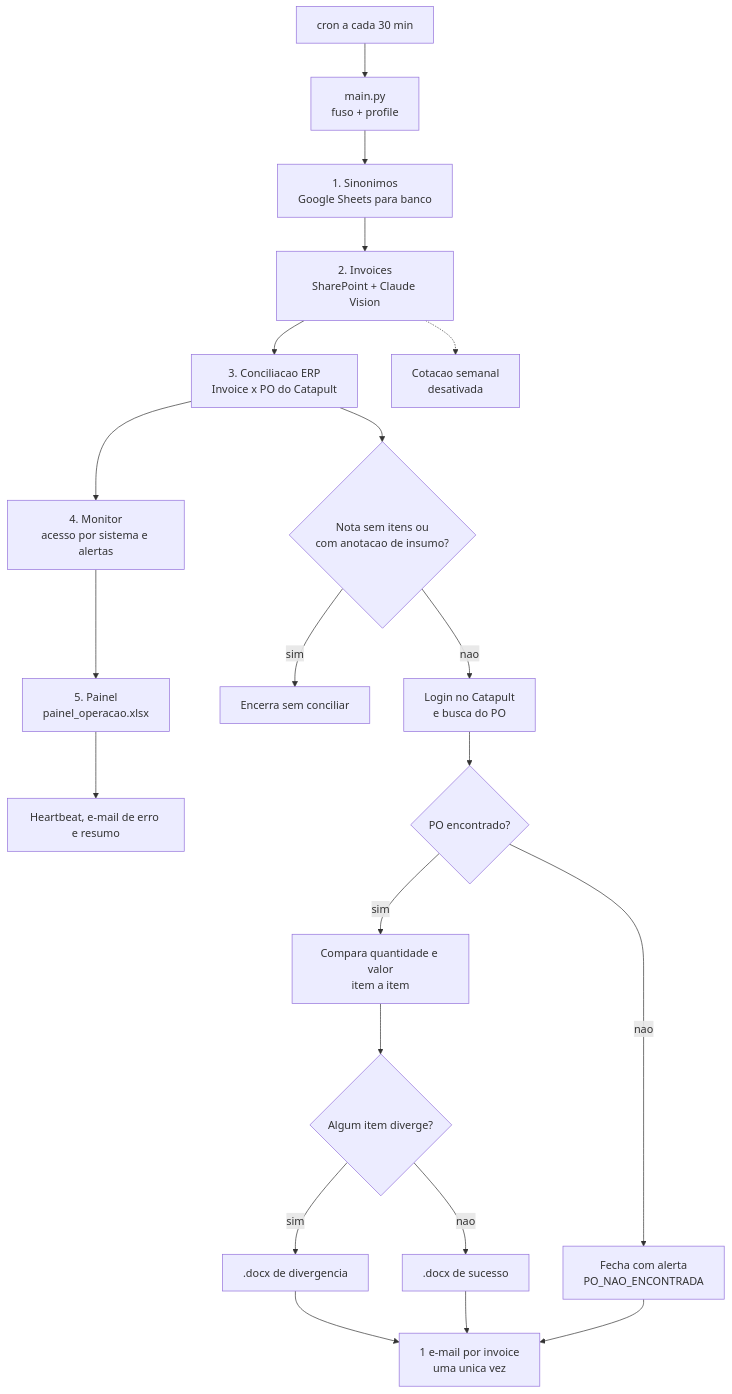
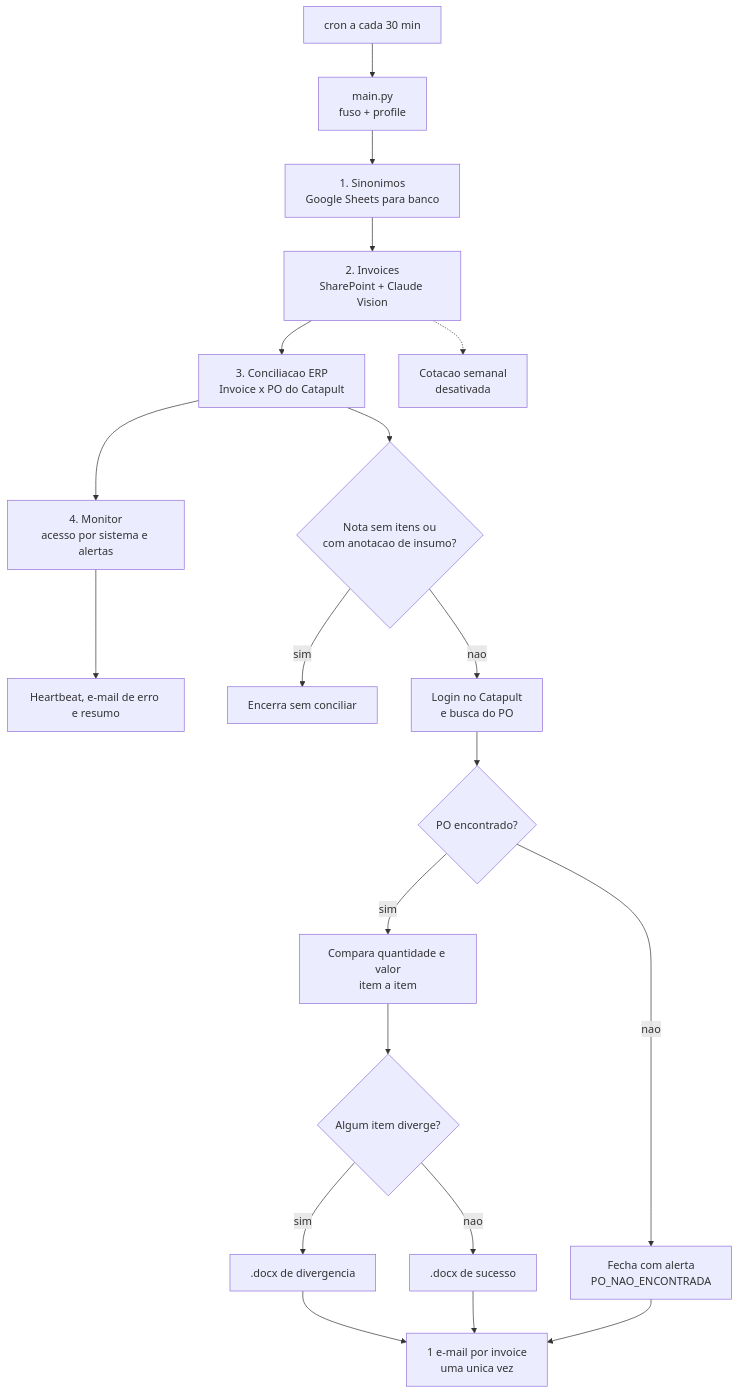
Before and after one commit to CauetMenezes26/automacao_schiavon: the diagram in README.md, drawn with Mermaid. The commit also changed other lines of this file and 1 other file, not shown here.

Commit message:
chore(controller): desativa a geracao do painel_operacao.xlsx

````diff
--- a/README.md
+++ b/README.md
@@ -82,25 +82,24 @@
 ```mermaid
 flowchart TD
     A[cron a cada 30 min] --> B[main.py<br/>fuso + profile]
     B --> F1[1. Sinonimos<br/>Google Sheets para banco]
     F1 --> F2[2. Invoices<br/>SharePoint + Claude Vision]
     F2 --> F3[3. Conciliacao ERP<br/>Invoice x PO do Catapult]
     F3 --> F4[4. Monitor<br/>acesso por sistema e alertas]
-    F4 --> F5[5. Painel<br/>painel_operacao.xlsx]
-    F5 --> Z[Heartbeat, e-mail de erro e resumo]
+    F4 --> Z[Heartbeat, e-mail de erro e resumo]
 
     F2 -.-> COT[Cotacao semanal<br/>desativada]
 
     F3 --> N1{Nota sem itens ou<br/>com anotacao de insumo?}
     N1 -->|sim| N2[Encerra sem conciliar]
     N1 -->|nao| N3[Login no Catapult<br/>e busca do PO]
     N3 --> N4{PO encontrado?}
     N4 -->|nao| N5[Fecha com alerta<br/>PO_NAO_ENCONTRADA]
     N4 -->|sim| N6[Compara quantidade e valor<br/>item a item]
     N6 --> N7{Algum item diverge?}
     N7 -->|sim| R1[.docx de divergencia]
     N7 -->|nao| R2[.docx de sucesso]
     R1 --> M[1 e-mail por invoice<br/>uma unica vez]
     R2 --> M
     N5 --> M
 ```
````
